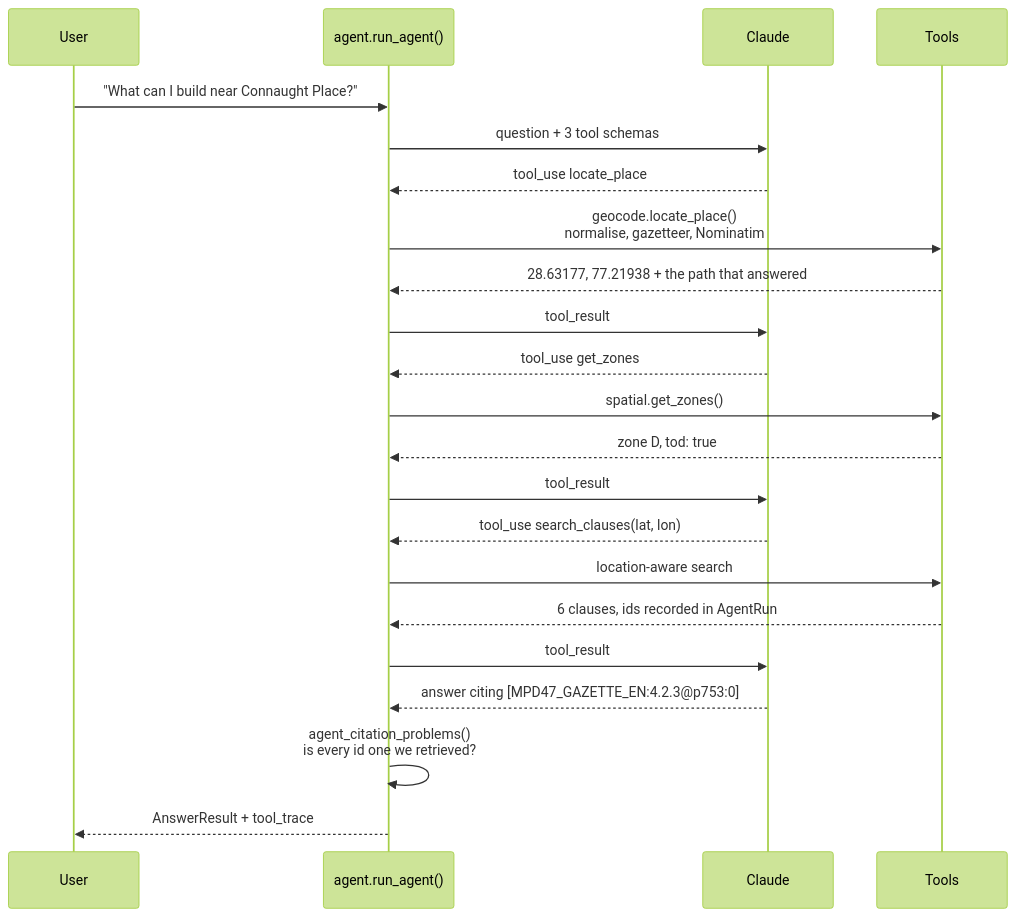
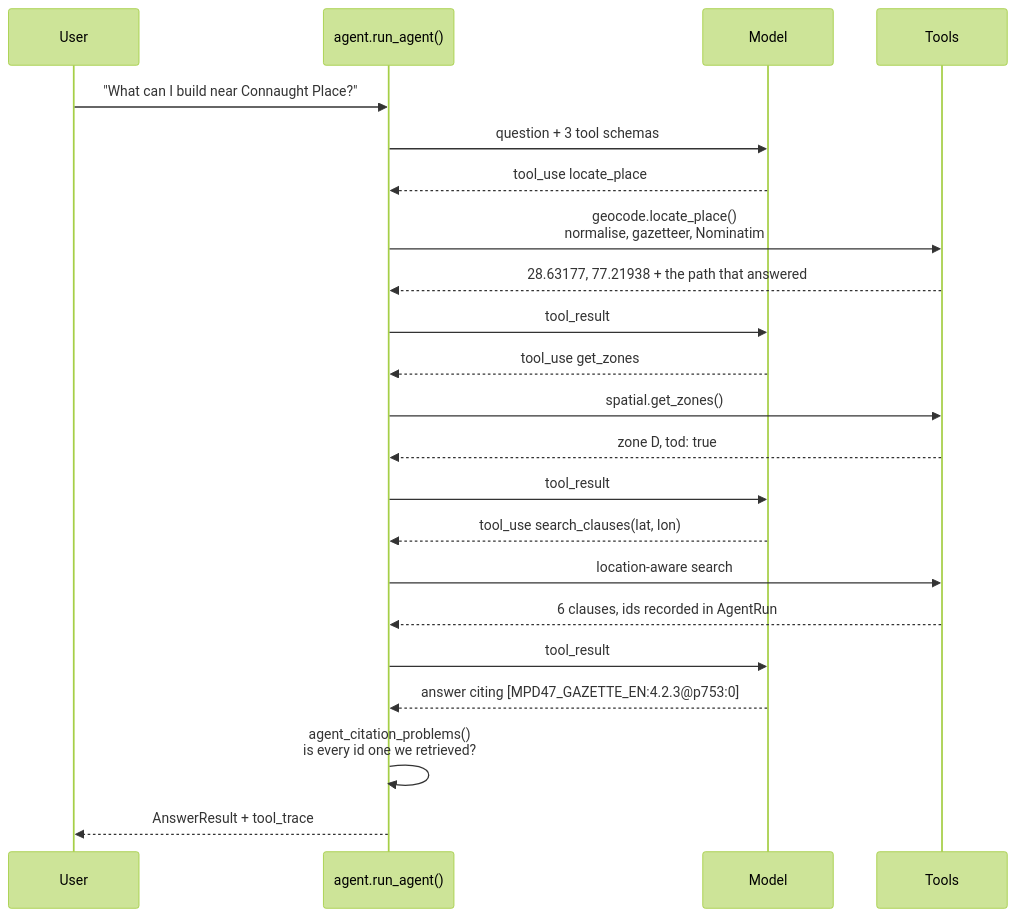
The fifth of 7 diagrams in docs/ARCHITECTURE.md (dhruv-ship-it/delhi-plan-rag), drawn with Mermaid (forest theme) before and after one commit. The commit also changed other lines of this file and 16 other files, not shown here.

````diff
--- a/docs/ARCHITECTURE.md
+++ b/docs/ARCHITECTURE.md
@@ -271,25 +334,25 @@
 ```mermaid
 sequenceDiagram
     participant U as User
     participant A as agent.run_agent()
-    participant M as Claude
+    participant M as Model
     participant T as Tools
 
     U->>A: "What can I build near Connaught Place?"
     A->>M: question + 3 tool schemas
     M-->>A: tool_use locate_place
     A->>T: geocode.locate_place()<br/>normalise, gazetteer, Nominatim
     T-->>A: 28.63177, 77.21938 + the path that answered
     A->>M: tool_result
     M-->>A: tool_use get_zones
     A->>T: spatial.get_zones()
     T-->>A: zone D, tod: true
     A->>M: tool_result
     M-->>A: tool_use search_clauses(lat, lon)
     A->>T: location-aware search
     T-->>A: 6 clauses, ids recorded in AgentRun
     A->>M: tool_result
     M-->>A: answer citing [MPD47_GAZETTE_EN:4.2.3@p753:0]
     A->>A: agent_citation_problems()<br/>is every id one we retrieved?
     A-->>U: AnswerResult + tool_trace
 ```
````
